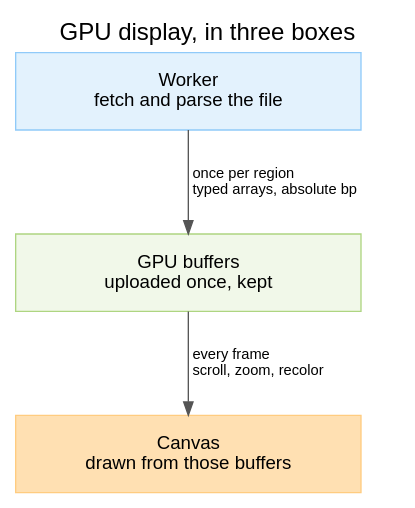
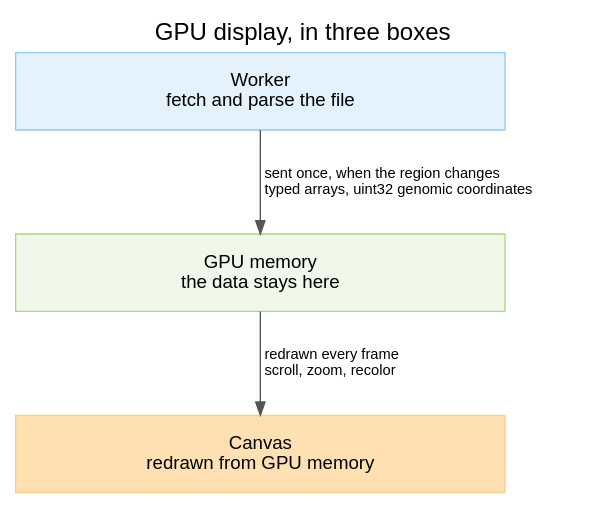
The diagram in website/diagrams/gpu_display_tldr.dot (GMOD/jbrowse-components), drawn with Graphviz before and after one commit. The commit also changed 4 other files, not shown here.

First line of the commit message:
docs(diagrams): say the GPU TLDR in words that don't assume GPU experience

```diff
--- a/website/diagrams/gpu_display_tldr.dot
+++ b/website/diagrams/gpu_display_tldr.dot
@@ -1,54 +1,78 @@
 digraph gpu_display_tldr {
   rankdir=TB
   labelloc=t
   fontname="Helvetica"
   fontsize=18
   label="GPU display, in three boxes"
   nodesep=0.5
   ranksep=0.75
 
   node [
     shape=box
     fontname="Helvetica"
     fontsize=14
     style=filled
     fillcolor="#ffffff"
     margin="0.28,0.20"
     // A floor, not a fixed size, so the three read as one stack rather than as
-    // three boxes sized by how long their text happens to be.
-    width=3.6
+    // three boxes sized by how long their text happens to be. Wide enough that
+    // the boxes reach about as far right as the edge labels do: graphviz centers
+    // each box on the edge and hangs the label to its right, so a box narrower
+    // than its label leaves the stack sitting in the left two thirds of the
+    // frame with text floating off it. 3.6 did that once the labels were
+    // rewritten longer.
+    width=5.1
   ]
   edge [fontname="Helvetica", fontsize=11, color="#555555"]
 
   // The TLDR companion to gpu_display_lifecycle.dot, which is the same
   // architecture with every mechanism in it: two autoruns, rpcDataMap,
   // renderTick, canvasDrawn, the HAL. That figure answers "what fires what",
   // and a reader who does not yet know there are two autoruns cannot use it to
   // find out whether this page is even about their problem.
   //
   // So: three boxes and two arrows, and the ARROWS carry the idea. What makes
   // a GPU display different from a Canvas2D one is not any box here -- it is
-  // that the two edges run at different rates. Data crosses to the GPU once per
-  // region; frames after that are redraws of what is already there. Every name
-  // in the detailed figure is a mechanism for keeping that true.
+  // that the two edges run at different rates. Data crosses to the GPU when the
+  // region changes; frames after that are redraws of what is already there.
+  // Every name in the detailed figure is a mechanism for keeping that true.
+  //
+  // WORDED FOR A READER WHO HAS NEVER WRITTEN GPU CODE, which is the whole
+  // point of a TLDR and is what the first pass got wrong (review: "i know what
+  // it means kinda, but we want it to be easy for someone that doesnt know
+  // gpu"). Four changes, each to a phrase that only reads if you already know
+  // the answer:
+  //   - "once per region" said a RATE where the reader needs an EVENT. It is
+  //     now "sent once, when the region changes", which also answers the
+  //     question the phrase provoked -- once per region as opposed to what?
+  //   - "absolute bp" is not a term anyone outside this codebase shares, and it
+  //     looks like it is distinguishing itself from something unnamed. It is
+  //     "uint32 genomic coordinates" now, which is both what the buffers hold
+  //     and unambiguous on its own.
+  //   - "uploaded once, kept" described the transfer from the GPU's side and
+  //     left "kept" doing the load-bearing work. The box says what is true of
+  //     it instead: "the data stays here".
+  //   - "drawn from those buffers" leaned on the previous box's wording. The
+  //     boxes now share one noun, GPU memory, so the pair reads without having
+  //     to hold "buffers" and "those buffers" together.
   //
   // Same three lane colors as the detailed figure, in the same order, so the
   // two read as the same picture at two zooms rather than as two diagrams.
   //
   // Stacked, for the reason the detailed one is: as a left-to-right row this
   // measured 2312x211, an 11:1 strip whose text lands at ~10px once the docs
   // page scales it to column width. Three boxes is not few enough to make a row
   // work -- the two-line edge labels are most of the width. Top to bottom it is
   // 571x812, which needs no scaling at all.
   //
   // No sentence on the image: the takeaway (panning and zooming do not refetch)
   // is the Figure caption's job. See website/CLAUDE.md -- on-image text is a
   // label, not a paragraph.
 
   worker [label="Worker\nfetch and parse the file", fillcolor="#e3f2fd", color="#90caf9"]
-  buffers [label="GPU buffers\nuploaded once, kept", fillcolor="#f1f8e9", color="#aed581"]
-  canvas [label="Canvas\ndrawn from those buffers", fillcolor="#ffe0b2", color="#ffcc80"]
+  buffers [label="GPU memory\nthe data stays here", fillcolor="#f1f8e9", color="#aed581"]
+  canvas [label="Canvas\nredrawn from GPU memory", fillcolor="#ffe0b2", color="#ffcc80"]
 
-  worker -> buffers [label="  once per region  \l  typed arrays, absolute bp  \l"]
-  buffers -> canvas [label="  every frame  \l  scroll, zoom, recolor  \l"]
+  worker -> buffers [label="  sent once, when the region changes  \l  typed arrays, uint32 genomic coordinates  \l"]
+  buffers -> canvas [label="  redrawn every frame  \l  scroll, zoom, recolor  \l"]
 }
```
